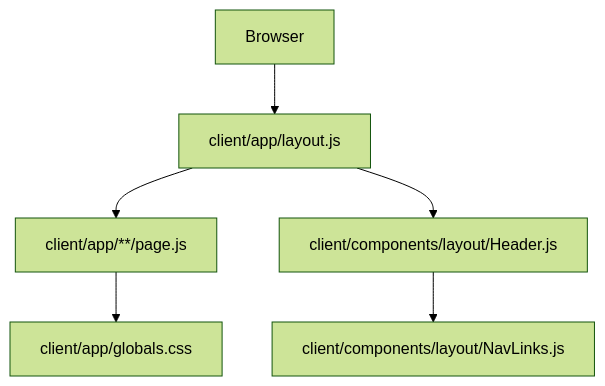
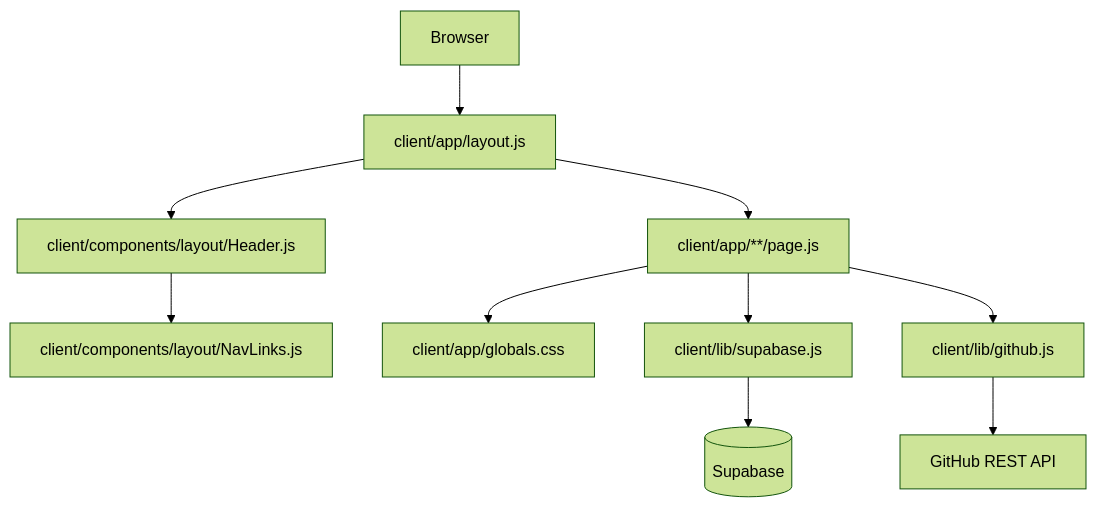
One commit to soupamen/ece-webtech-105 changed the diagram in documentation/ARCHITECTURE.md. Above: the diagram before and after it, drawn with Mermaid (forest theme). The commit also changed other lines of this file and 2 other files, not shown here.

Commit message:
docs: mettre à jour README, ARCHITECTURE et RENDERING

````diff
--- a/documentation/ARCHITECTURE.md
+++ b/documentation/ARCHITECTURE.md
@@ -17,8 +16,12 @@
 ```mermaid
 flowchart TD
     Browser --> RootLayout[client/app/layout.js]
     RootLayout --> Pages[client/app/**/page.js]
     RootLayout --> Header[client/components/layout/Header.js]
     Header --> Nav[client/components/layout/NavLinks.js]
     Pages --> Tailwind[client/app/globals.css]
+    Pages --> Data[client/lib/supabase.js]
+    Pages --> GitHub[client/lib/github.js]
+    Data --> Supabase[(Supabase)]
+    GitHub --> GitHubAPI[GitHub REST API]
 ```
````
